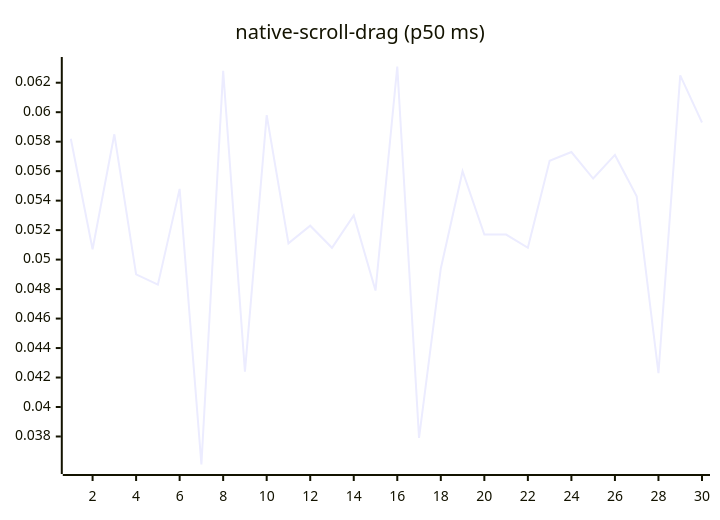
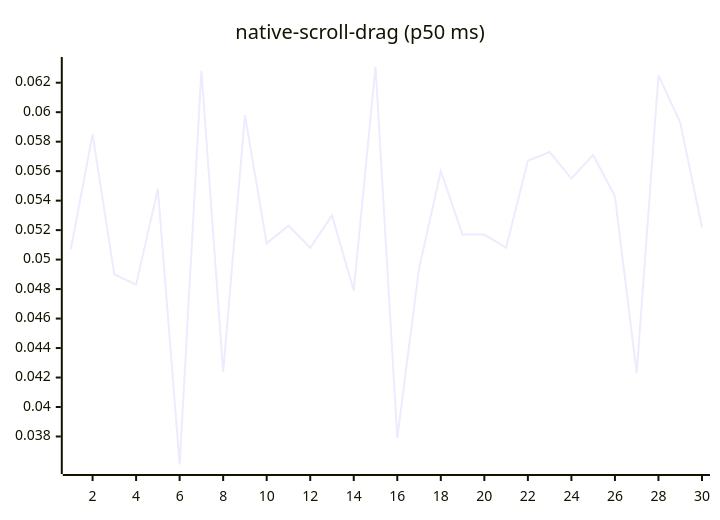
One commit to josha/Facet changed diagram 14 of 27 in README.md. Above: the diagram before and after it, drawn with Mermaid. The commit also changed other lines of this file and 2 other files, not shown here.

````diff
--- a/README.md
+++ b/README.md
@@ -154,6 +154,6 @@
 ```mermaid
 xychart-beta
     title "native-scroll-drag (p50 ms)"
     x-axis 1 --> 30
-    line [0.0582, 0.0507, 0.0585, 0.0490, 0.0483, 0.0548, 0.0361, 0.0628, 0.0424, 0.0598, 0.0511, 0.0523, 0.0508, 0.0530, 0.0479, 0.0631, 0.0379, 0.0494, 0.0560, 0.0517, 0.0517, 0.0508, 0.0567, 0.0573, 0.0555, 0.0571, 0.0543, 0.0423, 0.0625, 0.0593]
+    line [0.0507, 0.0585, 0.0490, 0.0483, 0.0548, 0.0361, 0.0628, 0.0424, 0.0598, 0.0511, 0.0523, 0.0508, 0.0530, 0.0479, 0.0631, 0.0379, 0.0494, 0.0560, 0.0517, 0.0517, 0.0508, 0.0567, 0.0573, 0.0555, 0.0571, 0.0543, 0.0423, 0.0625, 0.0593, 0.0522]
 ```
````
